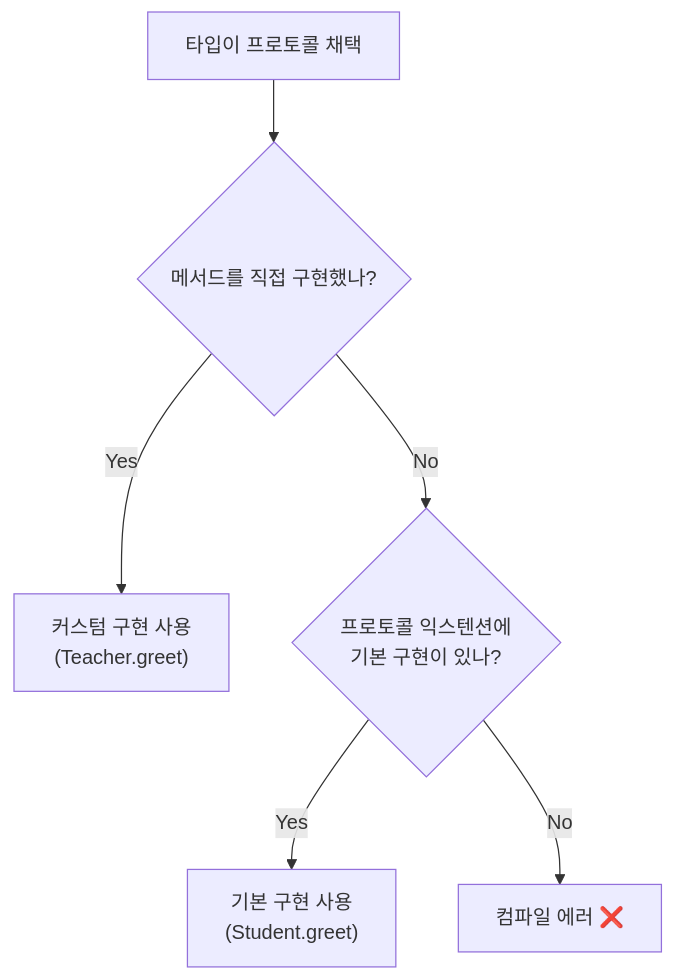
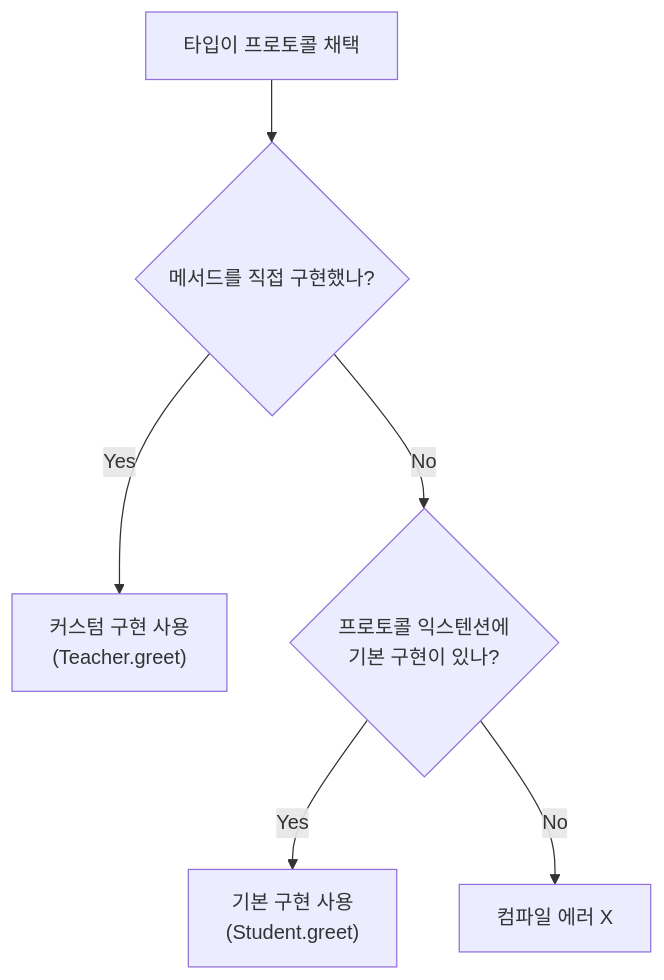
Before and after one commit to jsonpassion/forge-tutorial-swift: the third of 4 diagrams in 02-swift-types/03-protocols-extensions.md, drawn with Mermaid. The commit also changed other lines of this file and 69 other files, not shown here.

````diff
--- a/02-swift-types/03-protocols-extensions.md
+++ b/02-swift-types/03-protocols-extensions.md
@@ -190,8 +190,8 @@
 ```mermaid
 flowchart TD
     A["타입이 프로토콜 채택"] --> B{"메서드를 직접 구현했나?"}
-    B -->|Yes| C["커스텀 구현 사용\n(Teacher.greet)"]
-    B -->|No| D{"프로토콜 익스텐션에\n기본 구현이 있나?"}
-    D -->|Yes| E["기본 구현 사용\n(Student.greet)"]
-    D -->|No| F["컴파일 에러 ❌"]
+    B -->|Yes| C["커스텀 구현 사용<br/>(Teacher.greet)"]
+    B -->|No| D{"프로토콜 익스텐션에<br/>기본 구현이 있나?"}
+    D -->|Yes| E["기본 구현 사용<br/>(Student.greet)"]
+    D -->|No| F["컴파일 에러 X"]
 ```
````
